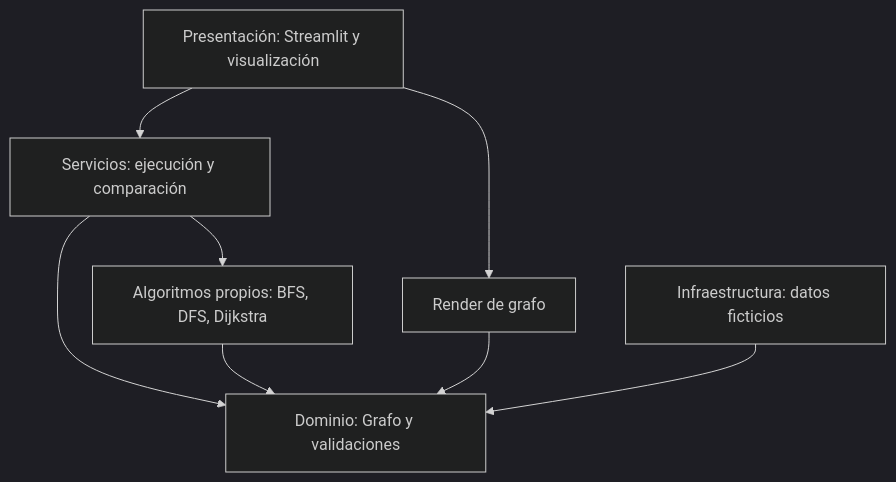
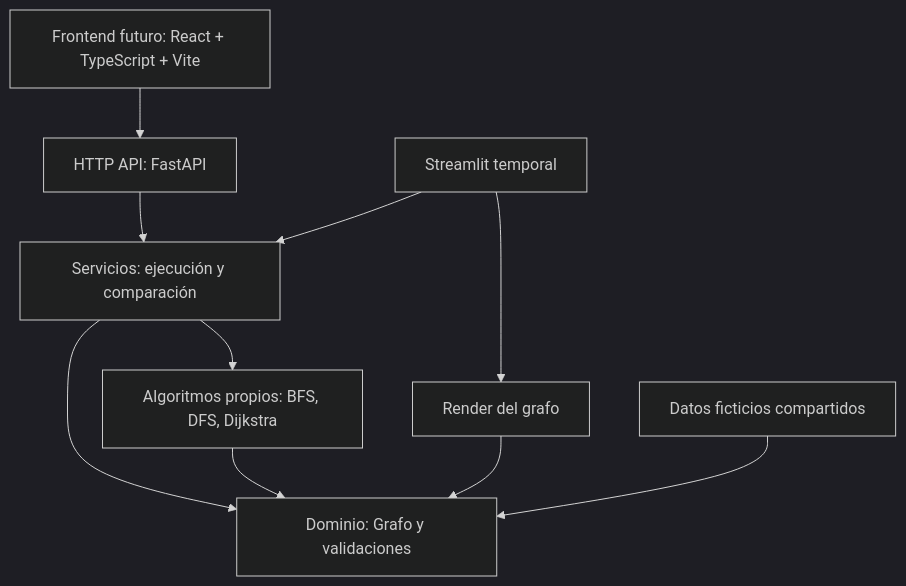
The diagram in docs/ARCHITECTURE.md (Edwd3v/logiexpress), drawn with Mermaid (dark theme) before and after one commit. The commit also changed other lines of this file and 12 other files, not shown here.

Commit message:
feat(api): add FastAPI foundation and route endpoints

````diff
--- a/docs/ARCHITECTURE.md
+++ b/docs/ARCHITECTURE.md
@@ -25,10 +26,12 @@
 ```mermaid
 flowchart TD
-    UI["Presentación: Streamlit y visualización"] --> SERVICE["Servicios: ejecución y comparación"]
-    UI --> VIEW["Render de grafo"]
+    REACT["Frontend futuro: React + TypeScript + Vite"] --> API["HTTP API: FastAPI"]
+    API --> SERVICE["Servicios: ejecución y comparación"]
+    STREAMLIT["Streamlit temporal"] --> SERVICE
+    STREAMLIT --> VIEW["Render del grafo"]
     SERVICE --> ALG["Algoritmos propios: BFS, DFS, Dijkstra"]
     SERVICE --> DOMAIN["Dominio: Grafo y validaciones"]
     ALG --> DOMAIN
     VIEW --> DOMAIN
-    DATA["Infraestructura: datos ficticios"] --> DOMAIN
+    DATA["Datos ficticios compartidos"] --> DOMAIN
 ```
````
